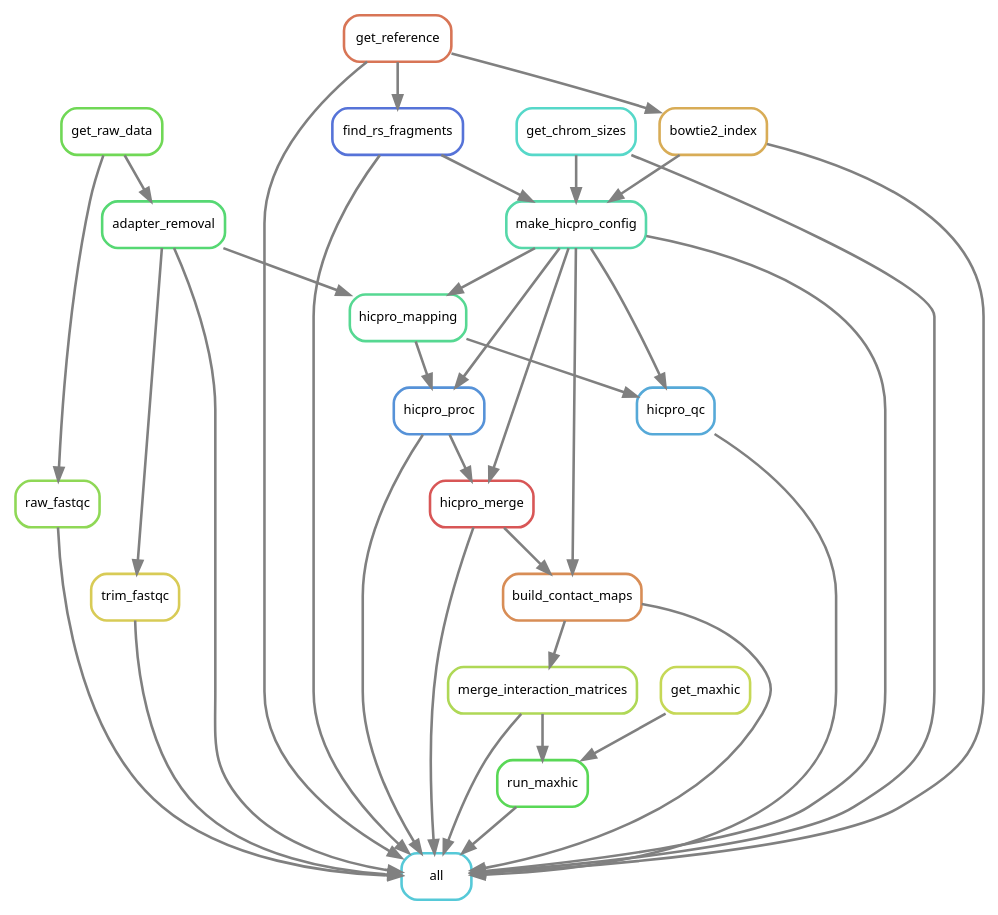
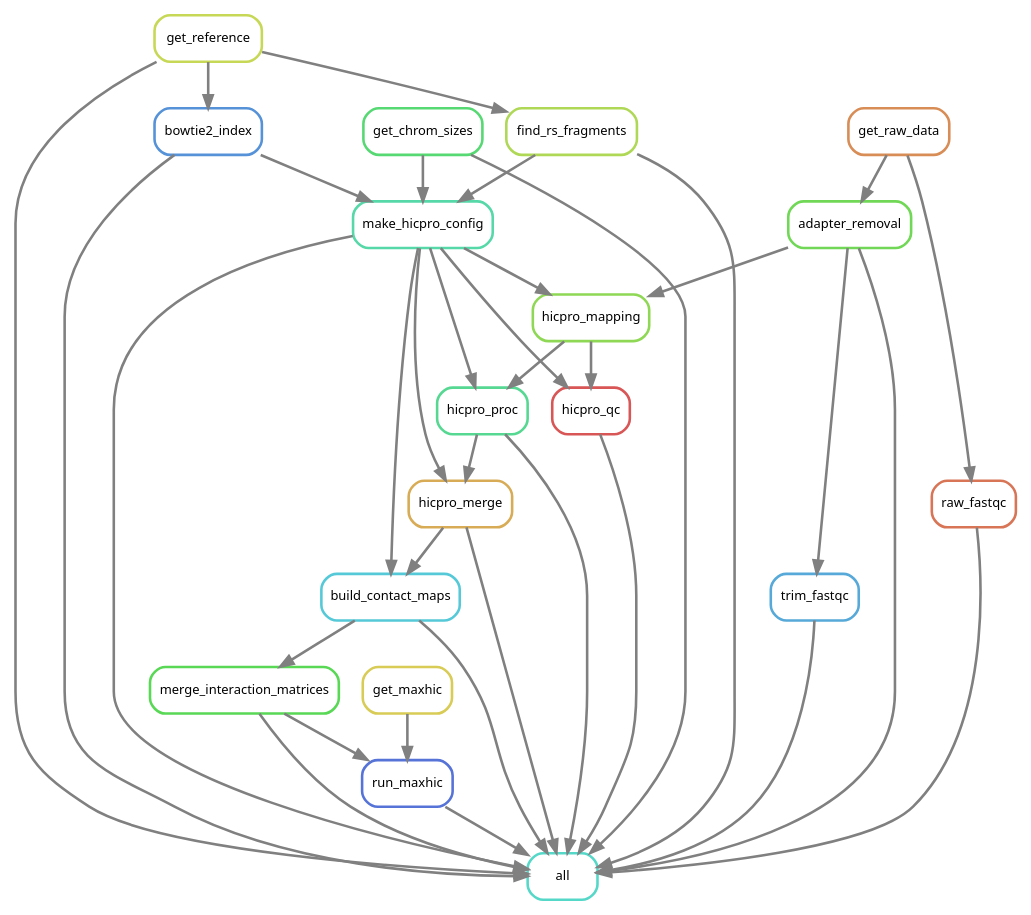
Before and after one commit to DRMCRL/ENCODE_T47D_HiC_ENCSR549MGQ: the diagram in output/rulegraph.dot, drawn with Graphviz. The commit also changed 2 other files, not shown here.

Commit message:
Removed old hicpro-config file

```diff
--- a/output/rulegraph.dot
+++ b/output/rulegraph.dot
@@ -1,58 +1,58 @@
 digraph snakemake_dag {
     graph[bgcolor=white, margin=0];
     node[shape=box, style=rounded, fontname=sans,                 fontsize=10, penwidth=2];
     edge[penwidth=2, color=grey];
-	0[label = "all", color = "0.52 0.6 0.85", style="rounded"];
-	1[label = "adapter_removal", color = "0.37 0.6 0.85", style="rounded"];
-	2[label = "build_contact_maps", color = "0.07 0.6 0.85", style="rounded"];
-	3[label = "find_rs_fragments", color = "0.63 0.6 0.85", style="rounded"];
-	4[label = "make_hicpro_config", color = "0.44 0.6 0.85", style="rounded"];
-	5[label = "raw_fastqc", color = "0.26 0.6 0.85", style="rounded"];
-	6[label = "run_maxhic", color = "0.33 0.6 0.85", style="rounded"];
-	7[label = "get_reference", color = "0.04 0.6 0.85", style="rounded"];
-	8[label = "hicpro_merge", color = "0.00 0.6 0.85", style="rounded"];
-	9[label = "merge_interaction_matrices", color = "0.22 0.6 0.85", style="rounded"];
-	10[label = "trim_fastqc", color = "0.15 0.6 0.85", style="rounded"];
-	11[label = "bowtie2_index", color = "0.11 0.6 0.85", style="rounded"];
-	12[label = "hicpro_proc", color = "0.59 0.6 0.85", style="rounded"];
-	13[label = "hicpro_qc", color = "0.56 0.6 0.85", style="rounded"];
-	14[label = "get_chrom_sizes", color = "0.48 0.6 0.85", style="rounded"];
-	15[label = "get_raw_data", color = "0.30 0.6 0.85", style="rounded"];
-	16[label = "get_maxhic", color = "0.19 0.6 0.85", style="rounded"];
-	17[label = "hicpro_mapping", color = "0.41 0.6 0.85", style="rounded"];
+	0[label = "all", color = "0.48 0.6 0.85", style="rounded"];
+	1[label = "build_contact_maps", color = "0.52 0.6 0.85", style="rounded"];
+	2[label = "bowtie2_index", color = "0.59 0.6 0.85", style="rounded"];
+	3[label = "trim_fastqc", color = "0.56 0.6 0.85", style="rounded"];
+	4[label = "hicpro_merge", color = "0.11 0.6 0.85", style="rounded"];
+	5[label = "run_maxhic", color = "0.63 0.6 0.85", style="rounded"];
+	6[label = "adapter_removal", color = "0.30 0.6 0.85", style="rounded"];
+	7[label = "hicpro_qc", color = "0.00 0.6 0.85", style="rounded"];
+	8[label = "find_rs_fragments", color = "0.22 0.6 0.85", style="rounded"];
+	9[label = "raw_fastqc", color = "0.04 0.6 0.85", style="rounded"];
+	10[label = "get_reference", color = "0.19 0.6 0.85", style="rounded"];
+	11[label = "merge_interaction_matrices", color = "0.33 0.6 0.85", style="rounded"];
+	12[label = "hicpro_proc", color = "0.41 0.6 0.85", style="rounded"];
+	13[label = "get_chrom_sizes", color = "0.37 0.6 0.85", style="rounded"];
+	14[label = "make_hicpro_config", color = "0.44 0.6 0.85", style="rounded"];
+	15[label = "get_maxhic", color = "0.15 0.6 0.85", style="rounded"];
+	16[label = "get_raw_data", color = "0.07 0.6 0.85", style="rounded"];
+	17[label = "hicpro_mapping", color = "0.26 0.6 0.85", style="rounded"];
 	2 -> 0
 	7 -> 0
+	9 -> 0
+	4 -> 0
 	8 -> 0
 	10 -> 0
+	6 -> 0
 	11 -> 0
-	9 -> 0
+	12 -> 0
+	13 -> 0
+	14 -> 0
+	1 -> 0
+	3 -> 0
 	5 -> 0
-	6 -> 0
-	1 -> 0
-	4 -> 0
-	14 -> 0
-	13 -> 0
-	12 -> 0
-	3 -> 0
-	15 -> 1
-	8 -> 2
-	4 -> 2
-	7 -> 3
+	14 -> 1
+	4 -> 1
+	10 -> 2
+	6 -> 3
+	12 -> 4
 	14 -> 4
-	11 -> 4
-	3 -> 4
+	11 -> 5
 	15 -> 5
 	16 -> 6
-	9 -> 6
-	4 -> 8
-	12 -> 8
-	2 -> 9
-	1 -> 10
-	7 -> 11
-	4 -> 12
+	14 -> 7
+	17 -> 7
+	10 -> 8
+	16 -> 9
+	1 -> 11
+	14 -> 12
 	17 -> 12
-	4 -> 13
-	17 -> 13
-	4 -> 17
-	1 -> 17
+	13 -> 14
+	2 -> 14
+	8 -> 14
+	14 -> 17
+	6 -> 17
 }            
```
